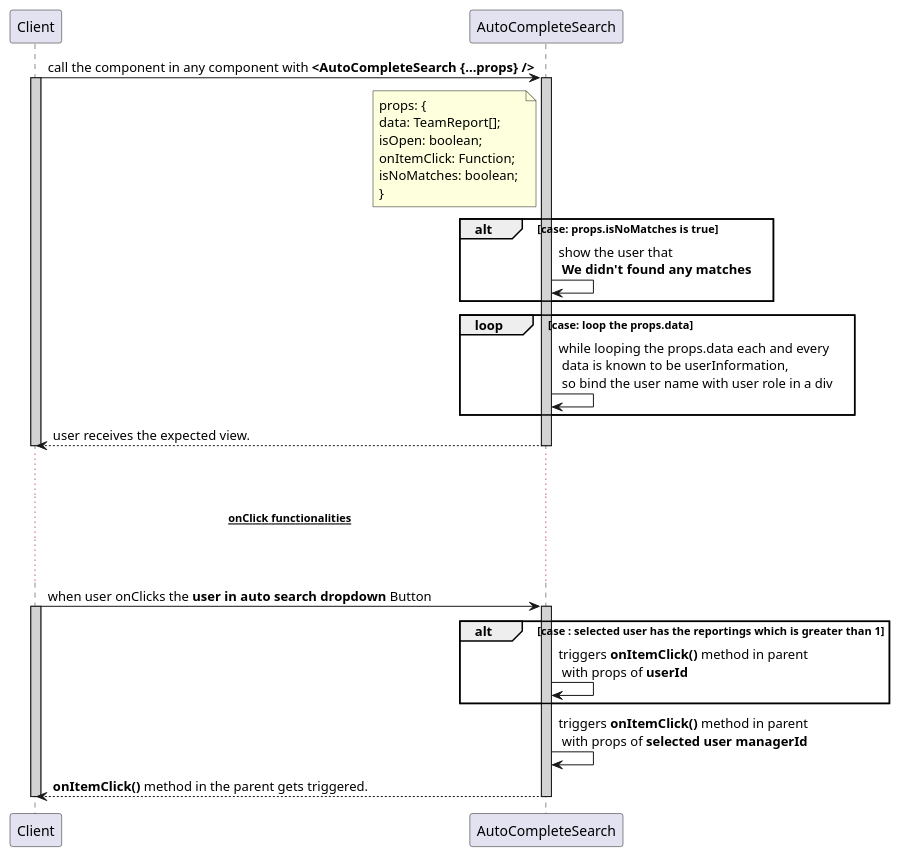
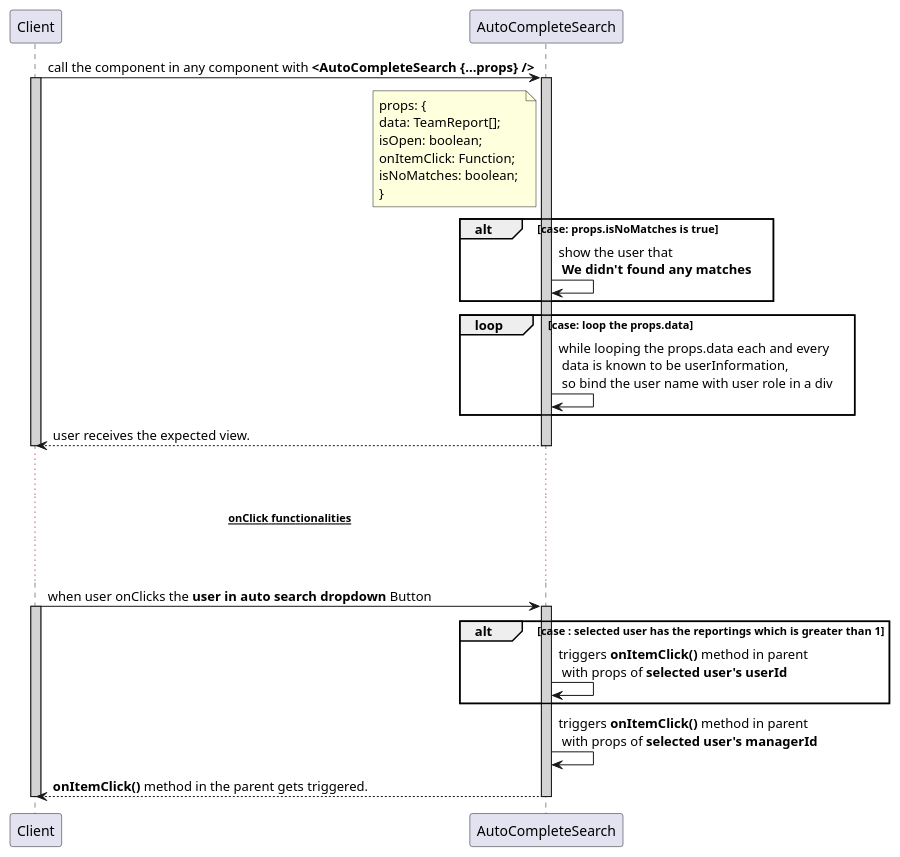
One commit to avasoft-mobility/workday-design changed the diagram in frontend/components/auto_complete_search/auto_complete_search.sequence.puml. Above: the diagram before and after it, drawn with PlantUML. The commit also changed 2 other files, not shown here.

```diff
--- a/frontend/components/auto_complete_search/auto_complete_search.sequence.puml
+++ b/frontend/components/auto_complete_search/auto_complete_search.sequence.puml
@@ -1,33 +1,33 @@
 @startuml autoComplete
 participant Client
 participant AutoCompleteSearch
 
 Client -> AutoCompleteSearch : call the component in any component with **<AutoCompleteSearch {...props} />**
 activate Client #D3D3D3
     activate AutoCompleteSearch #D3D3D3
         note left of AutoCompleteSearch : props: {\ndata: TeamReport[];\nisOpen: boolean;\nonItemClick: Function;\nisNoMatches: boolean; \n}
         alt case: props.isNoMatches is true
             AutoCompleteSearch -> AutoCompleteSearch : show the user that\n **We didn't found any matches**
         end
         loop case: loop the props.data
             AutoCompleteSearch -> AutoCompleteSearch : while looping the props.data each and every\n data is known to be userInformation,\n so bind the user name with user role in a div
         end
         Client <-- AutoCompleteSearch : user receives the expected view.
     deactivate AutoCompleteSearch
 deactivate Client
 ... ...
 ...~~**onClick functionalities**~~ ...
 ... ...
 
 Client -> AutoCompleteSearch : when user onClicks the **user in auto search dropdown** Button
 activate Client #D3D3D3
     activate AutoCompleteSearch #D3D3D3
         alt case : selected user has the reportings which is greater than 1
-            AutoCompleteSearch -> AutoCompleteSearch : triggers **onItemClick()** method in parent\n with props of **userId**
+            AutoCompleteSearch -> AutoCompleteSearch : triggers **onItemClick()** method in parent\n with props of **selected user's userId**
         end
-        AutoCompleteSearch -> AutoCompleteSearch : triggers **onItemClick()** method in parent\n with props of **selected user managerId**
+        AutoCompleteSearch -> AutoCompleteSearch : triggers **onItemClick()** method in parent\n with props of **selected user's managerId**
         Client <--  AutoCompleteSearch : **onItemClick()** method in the parent gets triggered.
     deactivate AutoCompleteSearch
 deactivate Client
 
 @enduml
```
